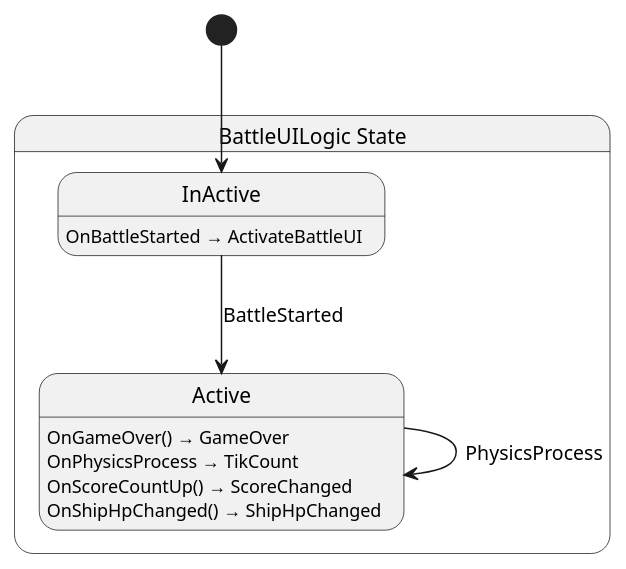
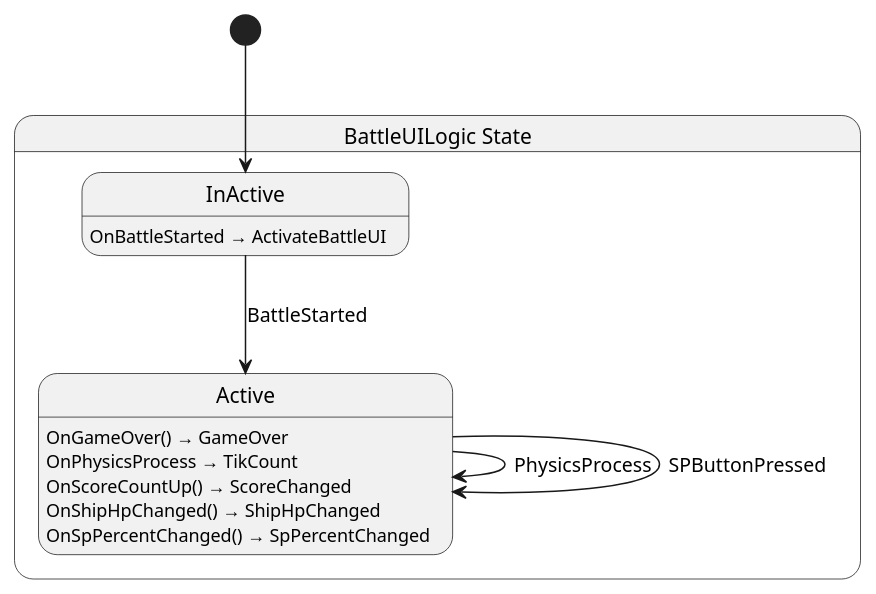
Before and after one commit to Ygoat/EternalJourney: the diagram in src/battle_ui/state/BattleUILogic.g.puml, drawn with PlantUML. The commit also changed 19 other files, not shown here.

```diff
--- a/src/battle_ui/state/BattleUILogic.g.puml
+++ b/src/battle_ui/state/BattleUILogic.g.puml
@@ -1,17 +1,19 @@
 @startuml BattleUILogic
 state "BattleUILogic State" as EternalJourney_BattleUI_State_BattleUILogic_State {
   state "InActive" as EternalJourney_BattleUI_State_BattleUILogic_State_InActive
   state "Active" as EternalJourney_BattleUI_State_BattleUILogic_State_Active
 }
 
 EternalJourney_BattleUI_State_BattleUILogic_State_Active --> EternalJourney_BattleUI_State_BattleUILogic_State_Active : PhysicsProcess
+EternalJourney_BattleUI_State_BattleUILogic_State_Active --> EternalJourney_BattleUI_State_BattleUILogic_State_Active : SPButtonPressed
 EternalJourney_BattleUI_State_BattleUILogic_State_InActive --> EternalJourney_BattleUI_State_BattleUILogic_State_Active : BattleStarted
 
 EternalJourney_BattleUI_State_BattleUILogic_State_Active : OnGameOver() → GameOver
 EternalJourney_BattleUI_State_BattleUILogic_State_Active : OnPhysicsProcess → TikCount
 EternalJourney_BattleUI_State_BattleUILogic_State_Active : OnScoreCountUp() → ScoreChanged
 EternalJourney_BattleUI_State_BattleUILogic_State_Active : OnShipHpChanged() → ShipHpChanged
+EternalJourney_BattleUI_State_BattleUILogic_State_Active : OnSpPercentChanged() → SpPercentChanged
 EternalJourney_BattleUI_State_BattleUILogic_State_InActive : OnBattleStarted → ActivateBattleUI
 
 [*] --> EternalJourney_BattleUI_State_BattleUILogic_State_InActive
 @enduml
```
